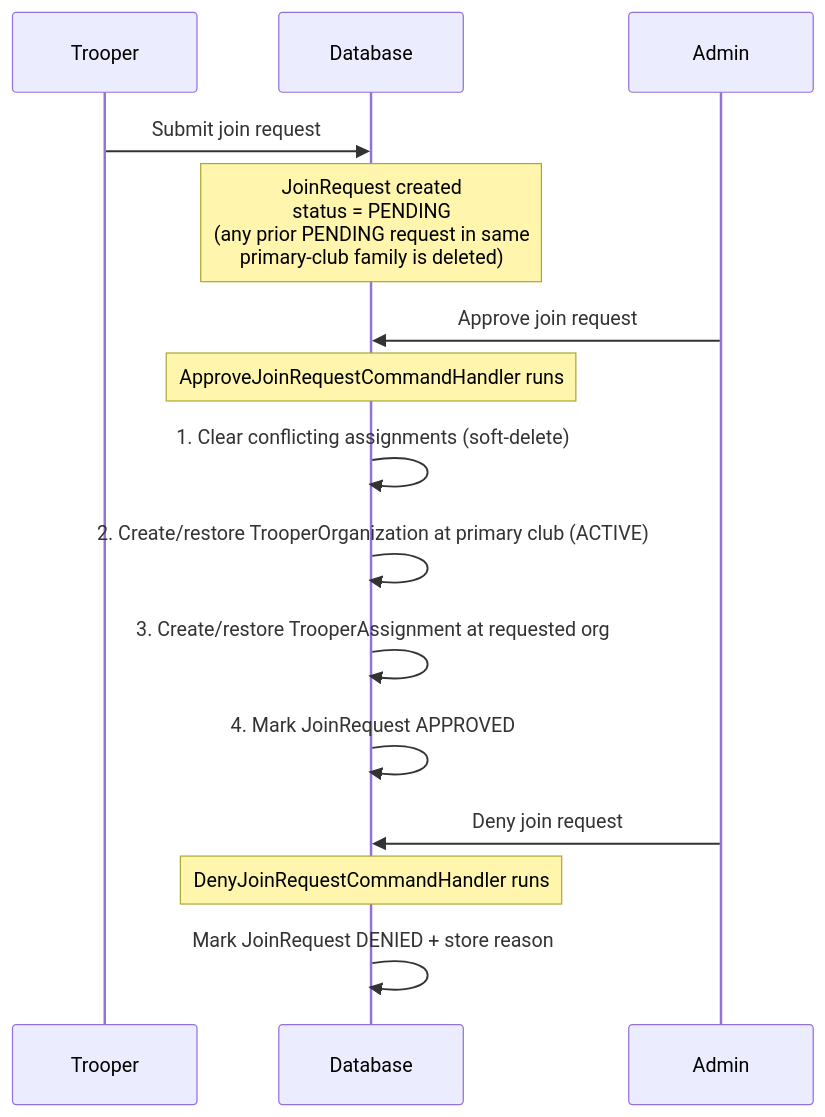
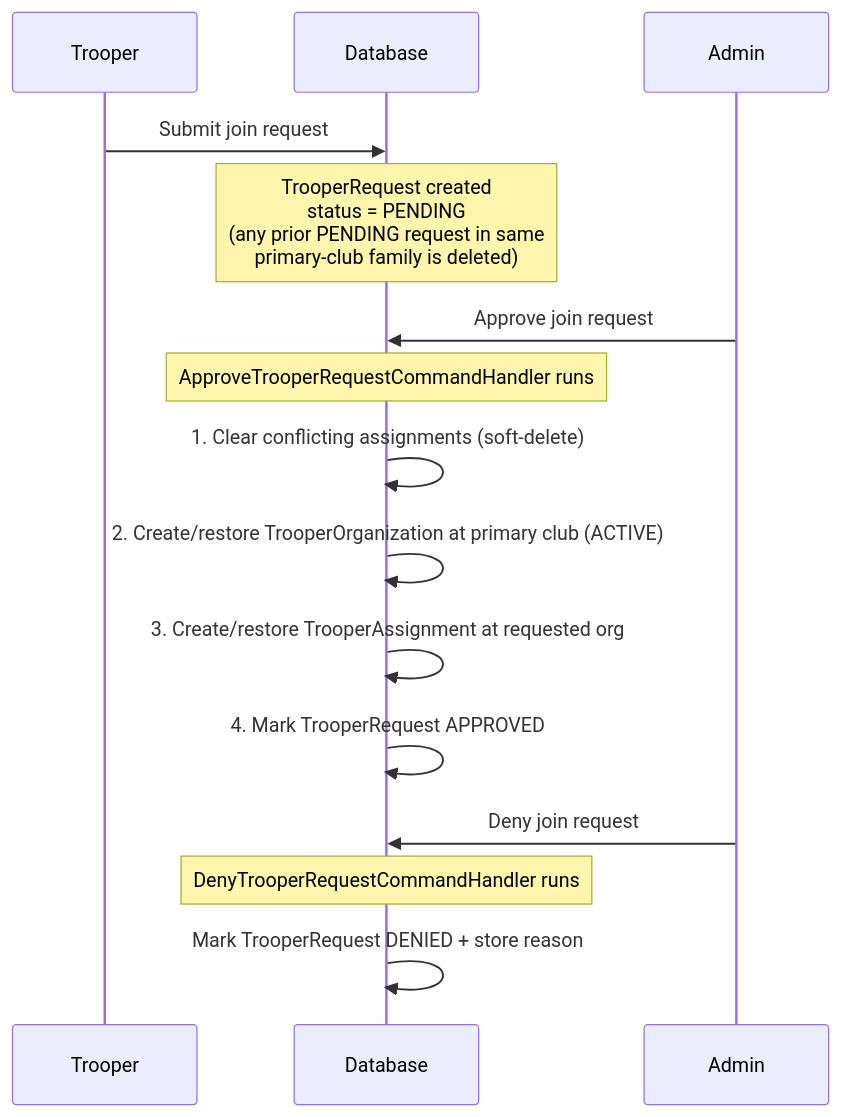
The diagram in docs/CLUB_MEMBERSHIPS.md (obsidianslicers/trooper-tracker), drawn with Mermaid before and after one commit. The commit also changed other lines of this file and 69 other files, not shown here.

Commit message:
rename fron join* to trooper*

````diff
--- a/docs/CLUB_MEMBERSHIPS.md
+++ b/docs/CLUB_MEMBERSHIPS.md
@@ -77,21 +77,21 @@
 ```mermaid
 sequenceDiagram
     participant T as Trooper
     participant DB as Database
     participant A as Admin
 
     T->>DB: Submit join request
-    Note over DB: JoinRequest created<br/>status = PENDING<br/>(any prior PENDING request in same<br/>primary-club family is deleted)
+    Note over DB: TrooperRequest created<br/>status = PENDING<br/>(any prior PENDING request in same<br/>primary-club family is deleted)
 
     A->>DB: Approve join request
-    Note over DB: ApproveJoinRequestCommandHandler runs
+    Note over DB: ApproveTrooperRequestCommandHandler runs
 
     DB->>DB: 1. Clear conflicting assignments (soft-delete)
     DB->>DB: 2. Create/restore TrooperOrganization at primary club (ACTIVE)
     DB->>DB: 3. Create/restore TrooperAssignment at requested org
-    DB->>DB: 4. Mark JoinRequest APPROVED
+    DB->>DB: 4. Mark TrooperRequest APPROVED
 
     A->>DB: Deny join request
-    Note over DB: DenyJoinRequestCommandHandler runs
-    DB->>DB: Mark JoinRequest DENIED + store reason
+    Note over DB: DenyTrooperRequestCommandHandler runs
+    DB->>DB: Mark TrooperRequest DENIED + store reason
 ```
````
